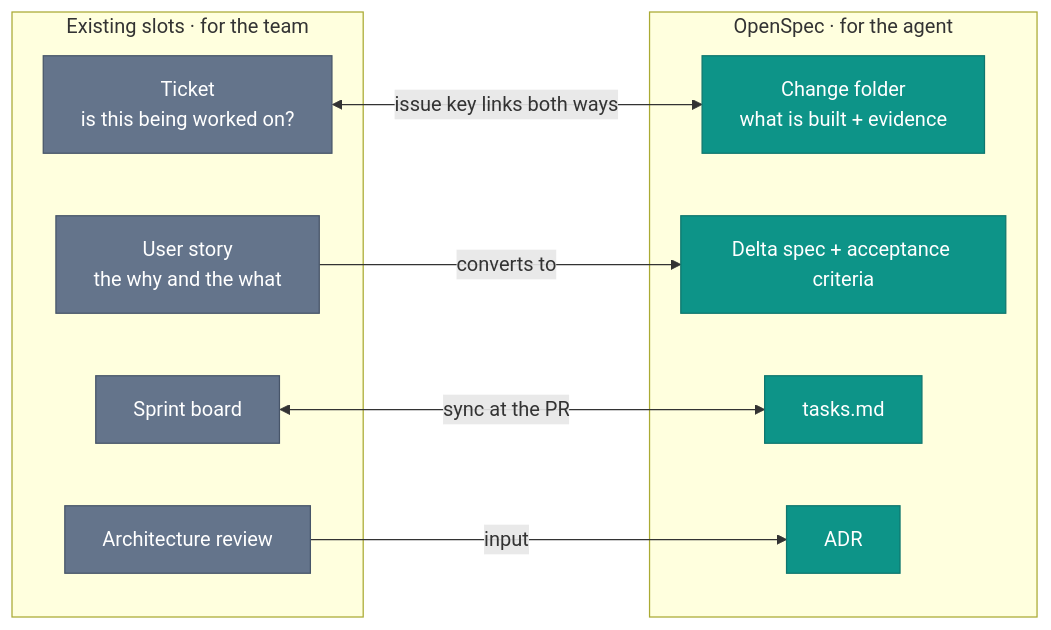
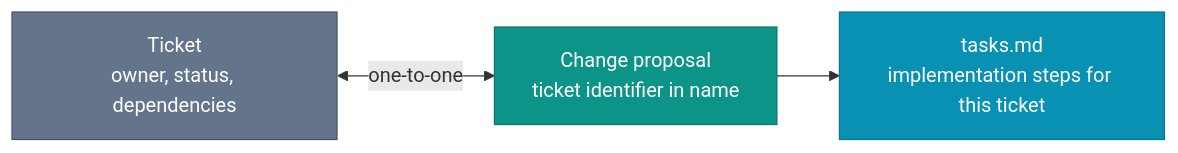
Before and after one commit to intent-engineering-for-coding-agents/book: the diagram in content/team/openspec-in-existing-sdlc.md, drawn with Mermaid. The commit also changed other lines of this file and 23 other files, not shown here.

````diff
--- a/content/team/openspec-in-existing-sdlc.md
+++ b/content/team/openspec-in-existing-sdlc.md
@@ -12,24 +18,12 @@
 ```mermaid
-graph LR
-    classDef existing fill:#64748b,stroke:#475569,color:#fff
-    classDef openspec fill:#0d9488,stroke:#0f766e,color:#fff
+flowchart LR
+    classDef coordination fill:#64748b,stroke:#475569,color:#fff
+    classDef intent fill:#0d9488,stroke:#0f766e,color:#fff
+    classDef detail fill:#0891b2,stroke:#0e7490,color:#fff
 
-    subgraph Team[Existing slots · for the team]
-        T["Ticket<br/>is this being worked on?"]:::existing
-        US["User story<br/>the why and the what"]:::existing
-        SB["Sprint board"]:::existing
-        ARB["Architecture review"]:::existing
-    end
-
-    subgraph OS[OpenSpec · for the agent]
-        CF["Change folder<br/>what is built + evidence"]:::openspec
-        AC["Delta spec + acceptance criteria"]:::openspec
-        TK["tasks.md"]:::openspec
-        ADR["ADR"]:::openspec
-    end
-
-    T <-->|issue key links both ways| CF
-    US -->|converts to| AC
-    SB <-->|sync at the PR| TK
-    ARB -->|input| ADR
+    T["Ticket<br>owner, status, dependencies"]:::coordination
+    P["Change proposal<br>ticket identifier in name"]:::intent
+    I["tasks.md<br>implementation steps for this ticket"]:::detail
+    T <-->|one-to-one| P
+    P --> I
 ```
````
